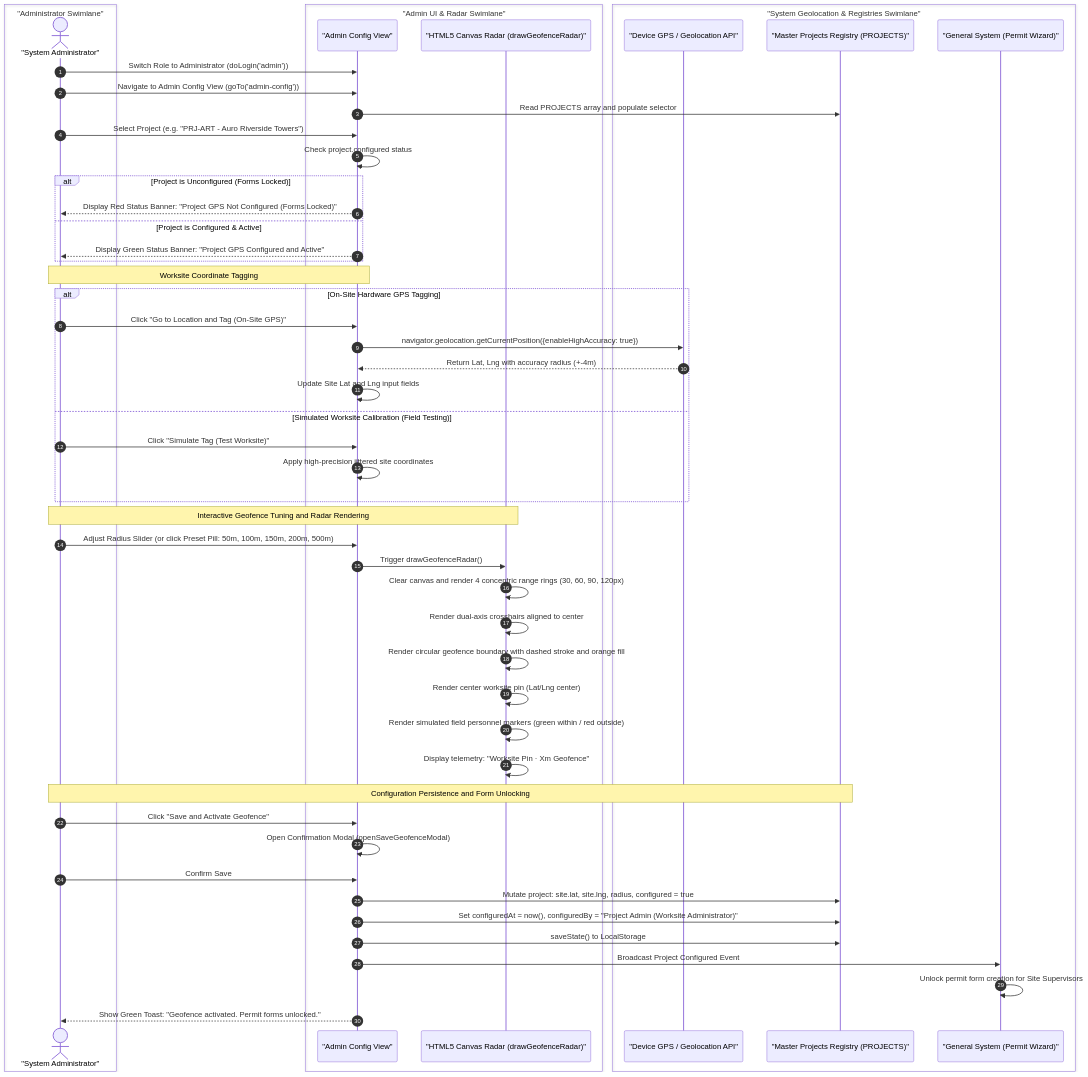
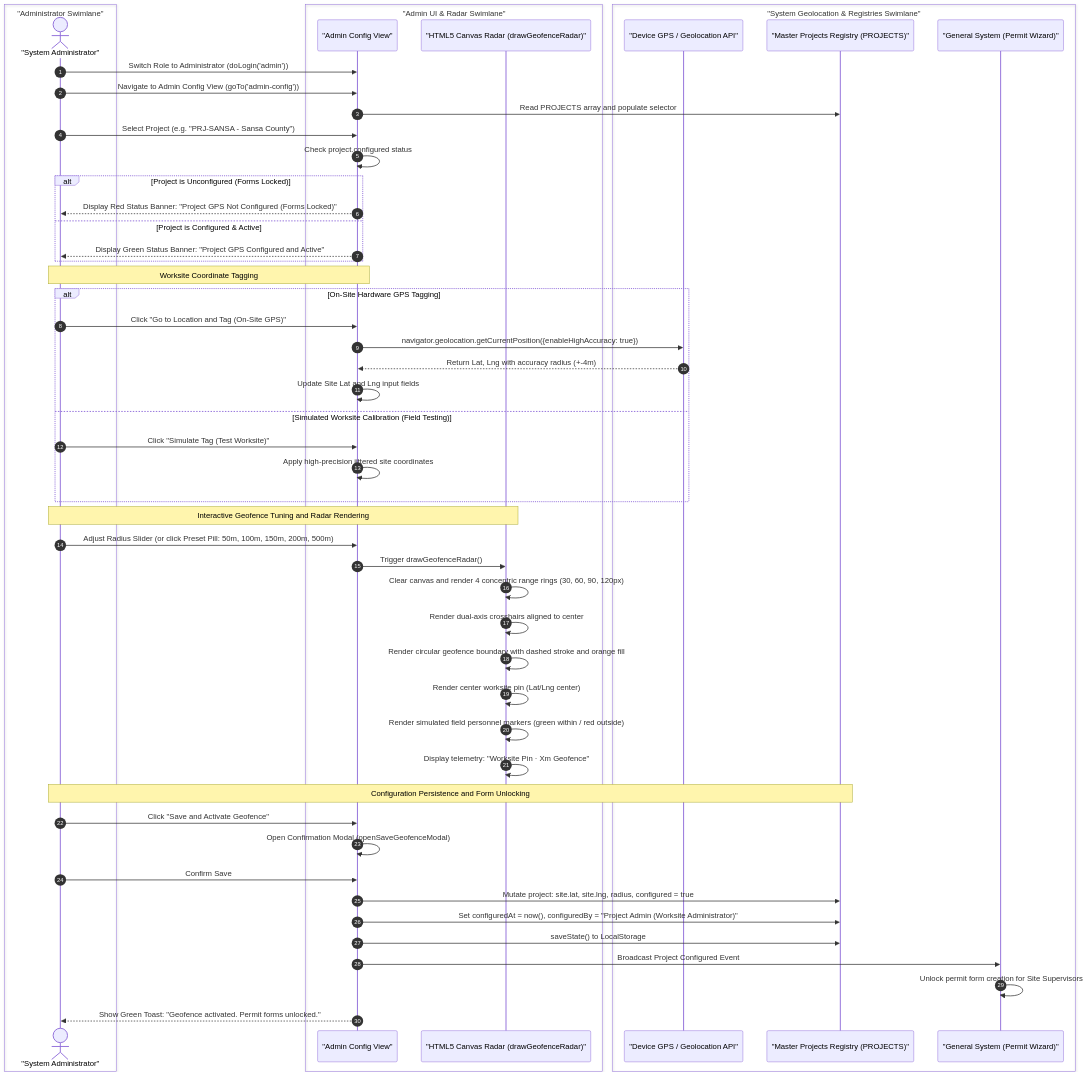
Diagram 38 of 44 in README.md (Auro-Realty/arpl-ehs-ptw), drawn with Mermaid before and after one commit. The commit also changed other lines of this file and 7 other files, not shown here.

````diff
--- a/README.md
+++ b/README.md
@@ -2951,59 +2951,59 @@
 ```mermaid
 sequenceDiagram
     autonumber
     box "Administrator Swimlane"
         actor ADM as "System Administrator"
     end
     box "Admin UI & Radar Swimlane"
         participant UI as "Admin Config View"
         participant RAD as "HTML5 Canvas Radar (drawGeofenceRadar)"
     end
     box "System Geolocation & Registries Swimlane"
         participant GPS as "Device GPS / Geolocation API"
         participant DB as "Master Projects Registry (PROJECTS)"
         participant APP as "General System (Permit Wizard)"
     end
 
     ADM->>UI: Switch Role to Administrator (doLogin('admin'))
     ADM->>UI: Navigate to Admin Config View (goTo('admin-config'))
     UI->>DB: Read PROJECTS array and populate selector
-    ADM->>UI: Select Project (e.g. "PRJ-ART - Auro Riverside Towers")
+    ADM->>UI: Select Project (e.g. "PRJ-SANSA - Sansa County")
     UI->>UI: Check project.configured status
     alt Project is Unconfigured (Forms Locked)
         UI-->>ADM: Display Red Status Banner: "Project GPS Not Configured (Forms Locked)"
     else Project is Configured & Active
         UI-->>ADM: Display Green Status Banner: "Project GPS Configured and Active"
     end
 
     Note over ADM,UI: Worksite Coordinate Tagging
     alt On-Site Hardware GPS Tagging
         ADM->>UI: Click "Go to Location and Tag (On-Site GPS)"
         UI->>GPS: navigator.geolocation.getCurrentPosition({enableHighAccuracy: true})
         GPS-->>UI: Return Lat, Lng with accuracy radius (+-4m)
         UI->>UI: Update Site Lat and Lng input fields
     else Simulated Worksite Calibration (Field Testing)
         ADM->>UI: Click "Simulate Tag (Test Worksite)"
         UI->>UI: Apply high-precision jittered site coordinates
     end
 
     Note over ADM,RAD: Interactive Geofence Tuning and Radar Rendering
     ADM->>UI: Adjust Radius Slider (or click Preset Pill: 50m, 100m, 150m, 200m, 500m)
     UI->>RAD: Trigger drawGeofenceRadar()
     RAD->>RAD: Clear canvas and render 4 concentric range rings (30, 60, 90, 120px)
     RAD->>RAD: Render dual-axis crosshairs aligned to center
     RAD->>RAD: Render circular geofence boundary with dashed stroke and orange fill
     RAD->>RAD: Render center worksite pin (Lat/Lng center)
     RAD->>RAD: Render simulated field personnel markers (green within / red outside)
     RAD->>RAD: Display telemetry: "Worksite Pin · Xm Geofence"
 
     Note over ADM,DB: Configuration Persistence and Form Unlocking
     ADM->>UI: Click "Save and Activate Geofence"
     UI->>UI: Open Confirmation Modal (openSaveGeofenceModal)
     ADM->>UI: Confirm Save
     UI->>DB: Mutate project: site.lat, site.lng, radius, configured = true
     UI->>DB: Set configuredAt = now(), configuredBy = "Project Admin (Worksite Administrator)"
     UI->>DB: saveState() to LocalStorage
     UI->>APP: Broadcast Project Configured Event
     APP->>APP: Unlock permit form creation for Site Supervisors
     UI-->>ADM: Show Green Toast: "Geofence activated. Permit forms unlocked."
 ```
````
